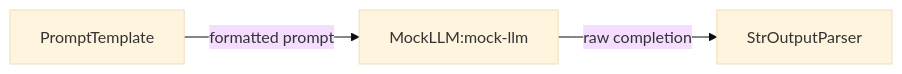
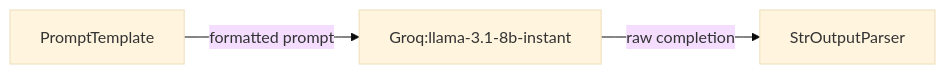
Before and after one commit to soheibthriber/langchain: the diagram in lessons/01_hello_chain/graph.mmd, drawn with Mermaid (base theme). The commit also changed 1 other file, not shown here.

Commit message:
artifacts: update lesson 1 GraphJSON and Mermaid with latest run

```diff
--- a/lessons/01_hello_chain/graph.mmd
+++ b/lessons/01_hello_chain/graph.mmd
@@ -1,6 +1,6 @@
 flowchart LR
   prompt[PromptTemplate]
-  llm[MockLLM:mock-llm]
+  llm[Groq:llama-3.1-8b-instant]
   parser[StrOutputParser]
   prompt -->|formatted prompt| llm
   llm -->|raw completion| parser
```
